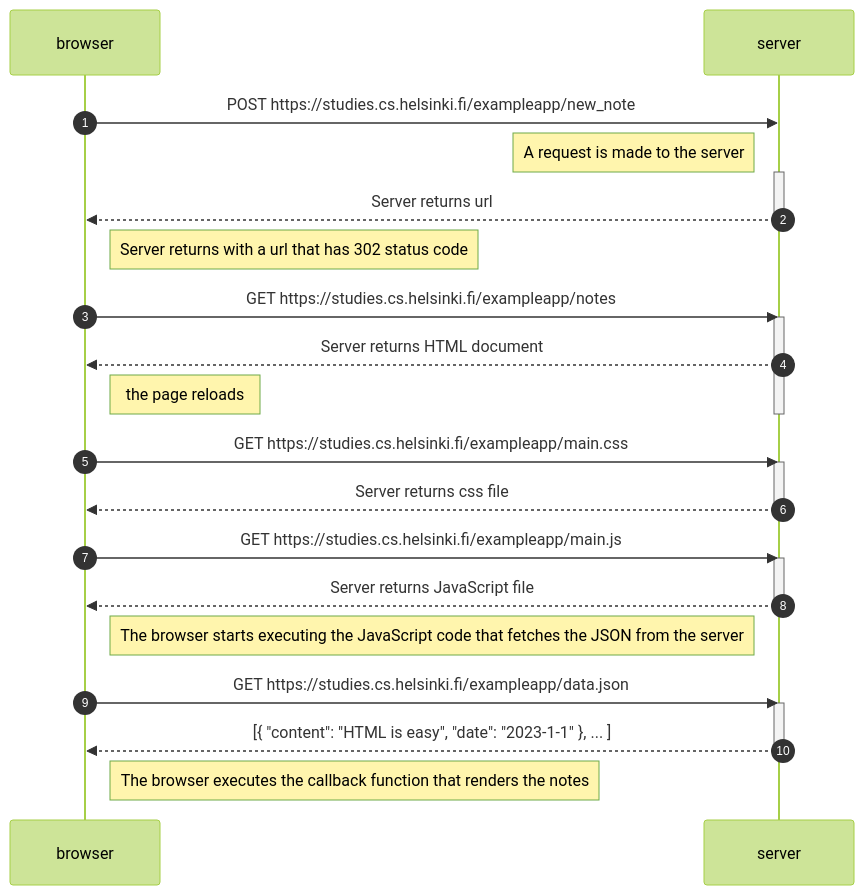
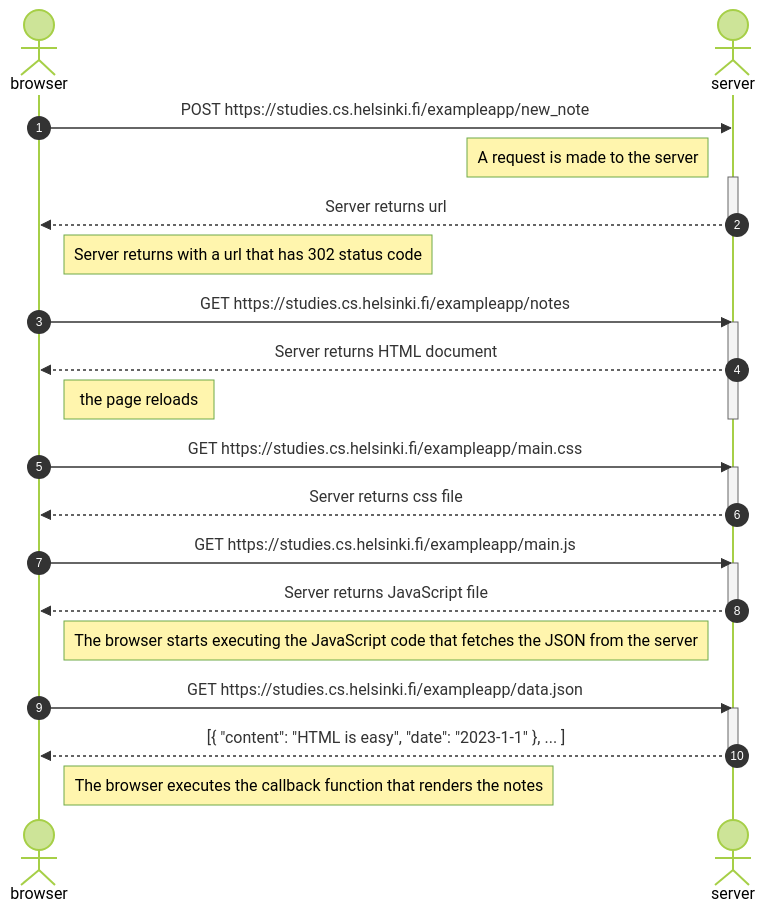
The diagram in parto/New note diagram/sequence.md (vinnoangel/FullStackOpen), drawn with Mermaid (forest theme) before and after one commit.

````diff
--- a/parto/New note diagram/sequence.md
+++ b/parto/New note diagram/sequence.md
@@ -1,38 +1,38 @@
 ```mermaid
 sequenceDiagram
     autonumber
-    participant browser
-    participant server
+    actor browser
+    actor server
 
     browser->>server: POST https://studies.cs.helsinki.fi/exampleapp/new_note
     Note left of server: A request is made to the server
     activate server
     server-->>browser: Server returns url
     deactivate server
     Note right of browser: Server returns with a url that has 302 status code
 
     browser->>server: GET https://studies.cs.helsinki.fi/exampleapp/notes
     activate server
     server-->>browser: Server returns HTML document
     Note right of browser: the page reloads
     deactivate server
 
     browser->>server: GET https://studies.cs.helsinki.fi/exampleapp/main.css
     activate server
     server-->>browser: Server returns css file
     deactivate server
 
     browser->>server: GET https://studies.cs.helsinki.fi/exampleapp/main.js
     activate server
     server-->>browser: Server returns JavaScript file
     deactivate server
 
     Note right of browser: The browser starts executing the JavaScript code that fetches the JSON from the server
 
     browser->>server: GET https://studies.cs.helsinki.fi/exampleapp/data.json
     activate server
     server-->>browser: [{ "content": "HTML is easy", "date": "2023-1-1" }, ... ]
     deactivate server
 
     Note right of browser: The browser executes the callback function that renders the notes
 ```
````
